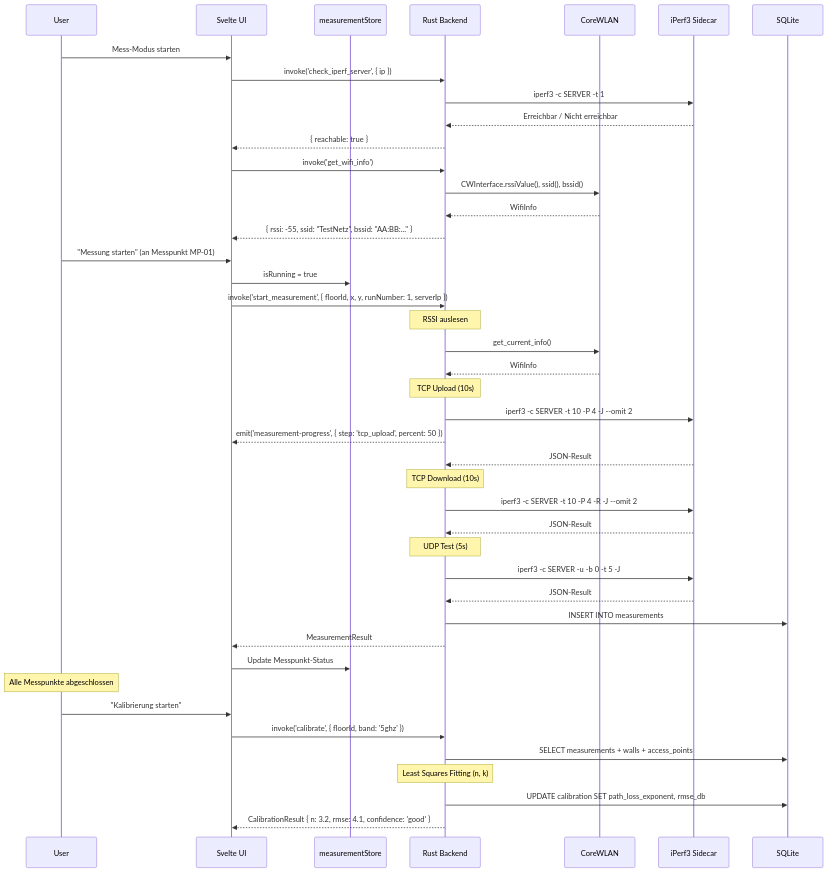
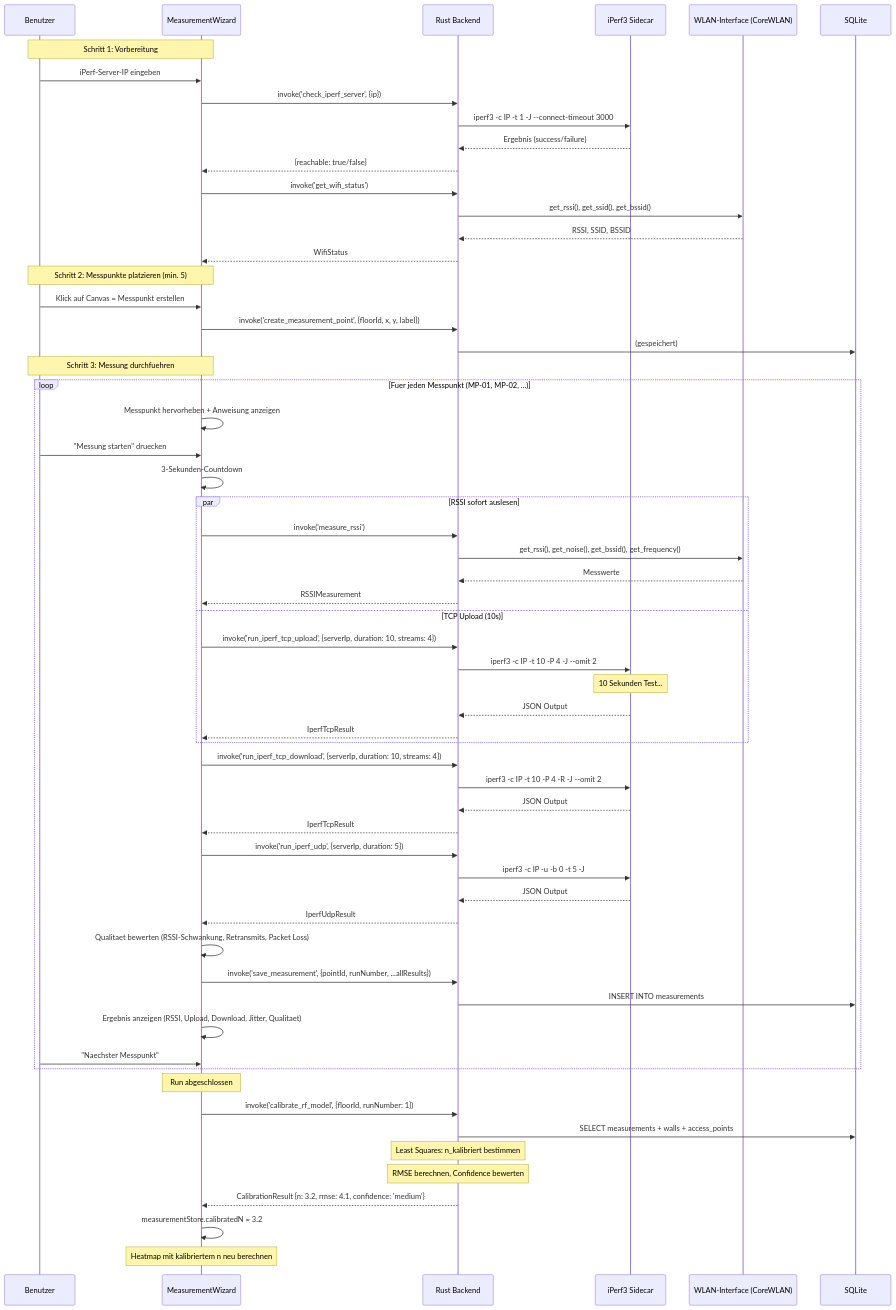
Diagram 11 of 15 in docs/architecture/Architektur.md (8chM/wlan-optimizer), drawn with Mermaid before and after one commit. The commit also changed other lines of this file and 90 other files, not shown here.

````diff
--- a/docs/architecture/Architektur.md
+++ b/docs/architecture/Architektur.md
@@ -1257,55 +1085,76 @@
 ```mermaid
 sequenceDiagram
-    participant User
-    participant UI as Svelte UI
-    participant Store as measurementStore
-    participant Backend as Rust Backend
-    participant WiFi as CoreWLAN
-    participant iPerf as iPerf3 Sidecar
+    participant U as Benutzer
+    participant FE as MeasurementWizard
+    participant BE as Rust Backend
+    participant IP as iPerf3 Sidecar
+    participant WF as WLAN-Interface (CoreWLAN)
     participant DB as SQLite
 
-    User->>UI: Mess-Modus starten
-    UI->>Backend: invoke('check_iperf_server', { ip })
-    Backend->>iPerf: iperf3 -c SERVER -t 1
-    iPerf-->>Backend: Erreichbar / Nicht erreichbar
-    Backend-->>UI: { reachable: true }
+    Note over U,FE: Schritt 1: Vorbereitung
 
-    UI->>Backend: invoke('get_wifi_info')
-    Backend->>WiFi: CWInterface.rssiValue(), ssid(), bssid()
-    WiFi-->>Backend: WifiInfo
-    Backend-->>UI: { rssi: -55, ssid: "TestNetz", bssid: "AA:BB:..." }
+    U->>FE: iPerf-Server-IP eingeben
+    FE->>BE: invoke('check_iperf_server', {ip})
+    BE->>IP: iperf3 -c IP -t 1 -J --connect-timeout 3000
+    IP-->>BE: Ergebnis (success/failure)
+    BE-->>FE: {reachable: true/false}
 
-    User->>UI: "Messung starten" (an Messpunkt MP-01)
-    UI->>Store: isRunning = true
-    UI->>Backend: invoke('start_measurement', { floorId, x, y, runNumber: 1, serverIp })
+    FE->>BE: invoke('get_wifi_status')
+    BE->>WF: get_rssi(), get_ssid(), get_bssid()
+    WF-->>BE: RSSI, SSID, BSSID
+    BE-->>FE: WifiStatus
 
-    Note over Backend: RSSI auslesen
-    Backend->>WiFi: get_current_info()
-    WiFi-->>Backend: WifiInfo
+    Note over U,FE: Schritt 2: Messpunkte platzieren (min. 5)
+    U->>FE: Klick auf Canvas = Messpunkt erstellen
+    FE->>BE: invoke('create_measurement_point', {floorId, x, y, label})
+    BE->>DB: (gespeichert)
 
-    Note over Backend: TCP Upload (10s)
-    Backend->>iPerf: iperf3 -c SERVER -t 10 -P 4 -J --omit 2
-    Backend-->>UI: emit('measurement-progress', { step: 'tcp_upload', percent: 50 })
-    iPerf-->>Backend: JSON-Result
+    Note over U,FE: Schritt 3: Messung durchfuehren
 
-    Note over Backend: TCP Download (10s)
-    Backend->>iPerf: iperf3 -c SERVER -t 10 -P 4 -R -J --omit 2
-    iPerf-->>Backend: JSON-Result
+    loop Fuer jeden Messpunkt (MP-01, MP-02, ...)
+        FE->>FE: Messpunkt hervorheben + Anweisung anzeigen
+        U->>FE: "Messung starten" druecken
 
-    Note over Backend: UDP Test (5s)
-    Backend->>iPerf: iperf3 -c SERVER -u -b 0 -t 5 -J
-    iPerf-->>Backend: JSON-Result
+        FE->>FE: 3-Sekunden-Countdown
 
-    Backend->>DB: INSERT INTO measurements
-    Backend-->>UI: MeasurementResult
-    UI->>Store: Update Messpunkt-Status
+        par RSSI sofort auslesen
+            FE->>BE: invoke('measure_rssi')
+            BE->>WF: get_rssi(), get_noise(), get_bssid(), get_frequency()
+            WF-->>BE: Messwerte
+            BE-->>FE: RSSIMeasurement
+        and TCP Upload (10s)
+            FE->>BE: invoke('run_iperf_tcp_upload', {serverIp, duration: 10, streams: 4})
+            BE->>IP: iperf3 -c IP -t 10 -P 4 -J --omit 2
+            Note over IP: 10 Sekunden Test...
+            IP-->>BE: JSON Output
+            BE-->>FE: IperfTcpResult
+        end
 
-    Note over User: Alle Messpunkte abgeschlossen
+        FE->>BE: invoke('run_iperf_tcp_download', {serverIp, duration: 10, streams: 4})
+        BE->>IP: iperf3 -c IP -t 10 -P 4 -R -J --omit 2
+        IP-->>BE: JSON Output
+        BE-->>FE: IperfTcpResult
 
-    User->>UI: "Kalibrierung starten"
-    UI->>Backend: invoke('calibrate', { floorId, band: '5ghz' })
-    Backend->>DB: SELECT measurements + walls + access_points
-    Note over Backend: Least Squares Fitting (n, k)
-    Backend->>DB: UPDATE calibration SET path_loss_exponent, rmse_db
-    Backend-->>UI: CalibrationResult { n: 3.2, rmse: 4.1, confidence: 'good' }
+        FE->>BE: invoke('run_iperf_udp', {serverIp, duration: 5})
+        BE->>IP: iperf3 -c IP -u -b 0 -t 5 -J
+        IP-->>BE: JSON Output
+        BE-->>FE: IperfUdpResult
+
+        FE->>FE: Qualitaet bewerten (RSSI-Schwankung, Retransmits, Packet Loss)
+        FE->>BE: invoke('save_measurement', {pointId, runNumber, ...allResults})
+        BE->>DB: INSERT INTO measurements
+
+        FE->>FE: Ergebnis anzeigen (RSSI, Upload, Download, Jitter, Qualitaet)
+        U->>FE: "Naechster Messpunkt"
+    end
+
+    Note over FE: Run abgeschlossen
+
+    FE->>BE: invoke('calibrate_rf_model', {floorId, runNumber: 1})
+    BE->>DB: SELECT measurements + walls + access_points
+    Note over BE: Least Squares: n_kalibriert bestimmen
+    Note over BE: RMSE berechnen, Confidence bewerten
+    BE-->>FE: CalibrationResult {n: 3.2, rmse: 4.1, confidence: 'medium'}
+    FE->>FE: measurementStore.calibratedN = 3.2
+    Note over FE: Heatmap mit kalibriertem n neu berechnen
 ```
````
